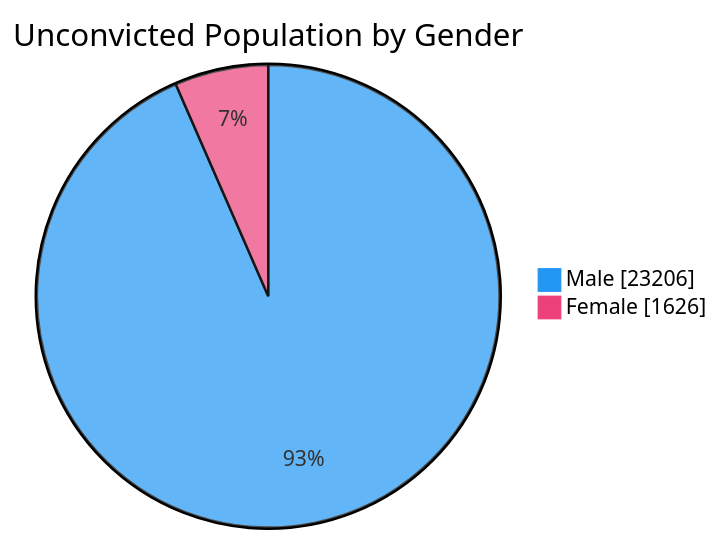
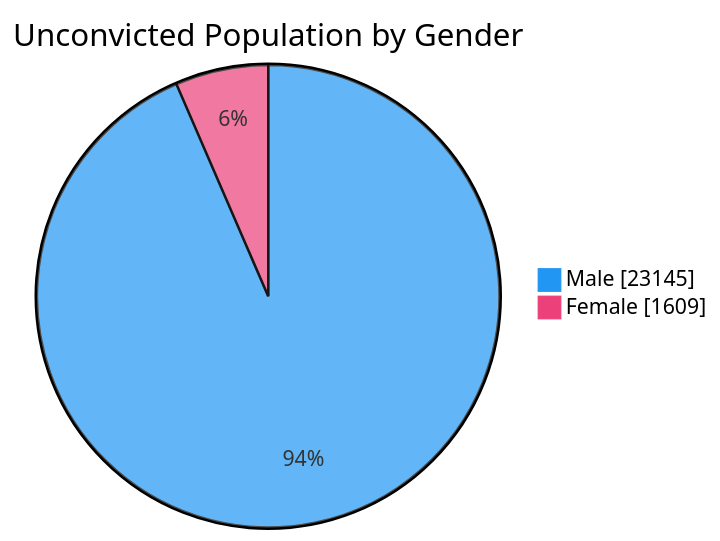
Before and after one commit to nuuuwan/lk_prisons: the fourth of 7 diagrams in README.md, drawn with Mermaid. The commit also changed other lines of this file and 1 other file, not shown here.

````diff
--- a/README.md
+++ b/README.md
@@ -76,6 +76,6 @@
 ```mermaid
 %%{init: {'themeVariables': {'pie1': '#2196F3', 'pie2': '#EC407A'}}}%%
 pie showData title Unconvicted Population by Gender
-    "Male" : 23206
-    "Female" : 1626
+    "Male" : 23145
+    "Female" : 1609
 ```
````
